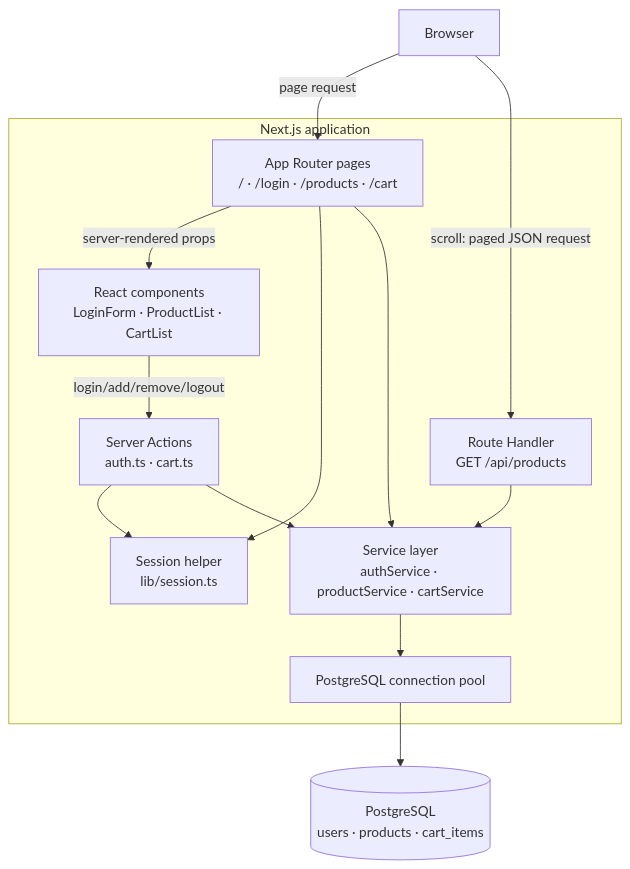
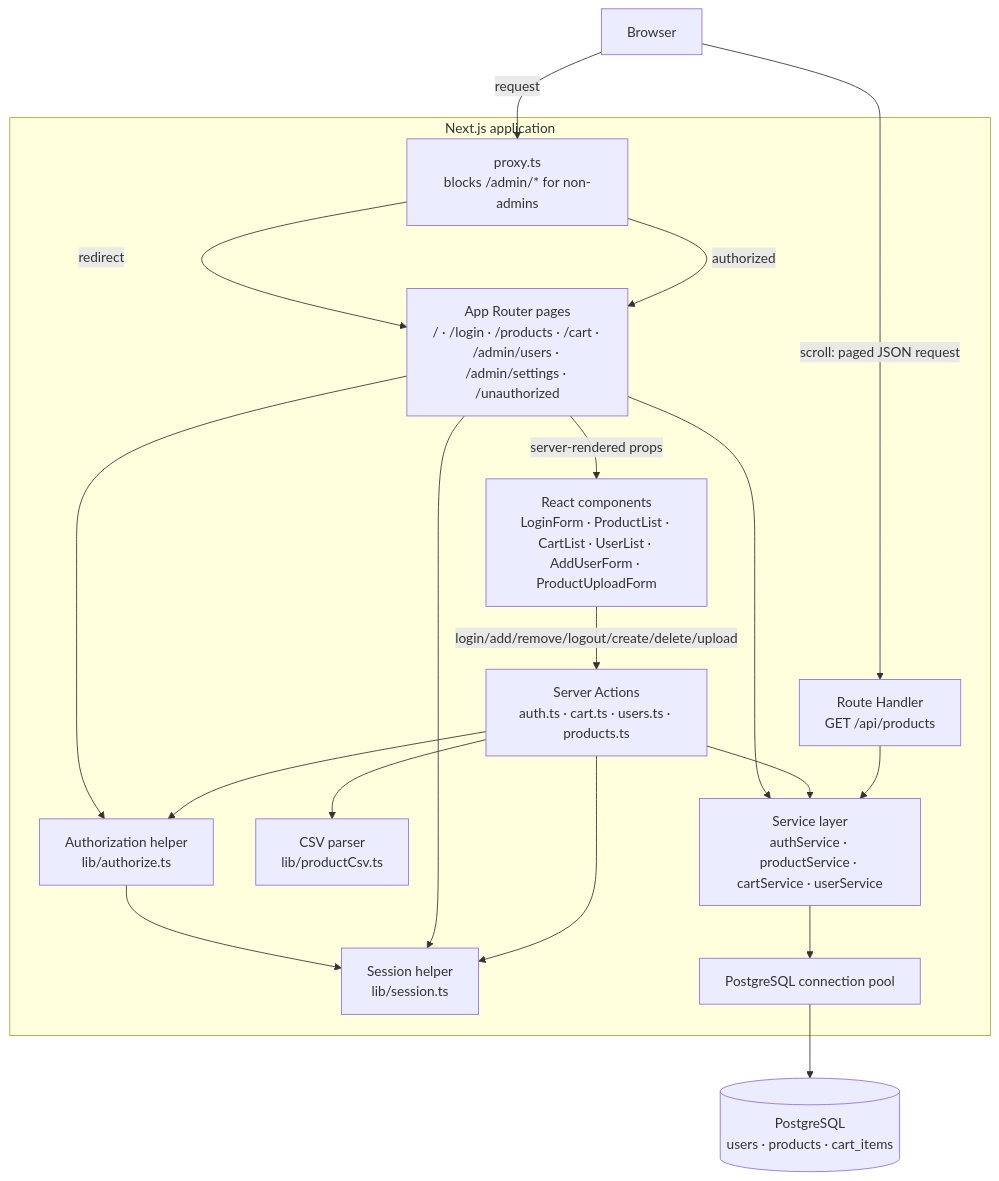
Before and after one commit to sourabhcy/tomato: the first of 4 diagrams in docs/architecture.md, drawn with Mermaid. The commit also changed other lines of this file and 20 other files, not shown here.

````diff
--- a/docs/architecture.md
+++ b/docs/architecture.md
@@ -5,27 +5,36 @@
 ```mermaid
 flowchart TB
   Browser[Browser]
 
   subgraph Next[Next.js application]
-    Pages[App Router pages\n/ · /login · /products · /cart]
-    Components[React components\nLoginForm · ProductList · CartList]
-    Actions[Server Actions\nauth.ts · cart.ts]
+    Proxy[proxy.ts\nblocks /admin/* for non-admins]
+    Pages[App Router pages\n/ · /login · /products · /cart · /admin/users · /admin/settings · /unauthorized]
+    Components[React components\nLoginForm · ProductList · CartList · UserList · AddUserForm · ProductUploadForm]
+    Actions[Server Actions\nauth.ts · cart.ts · users.ts · products.ts]
     ProductsAPI[Route Handler\nGET /api/products]
     Session[Session helper\nlib/session.ts]
-    Services[Service layer\nauthService · productService · cartService]
+    Authorize[Authorization helper\nlib/authorize.ts]
+    Csv[CSV parser\nlib/productCsv.ts]
+    Services[Service layer\nauthService · productService · cartService · userService]
     Pool[PostgreSQL connection pool]
   end
 
   Database[(PostgreSQL\nusers · products · cart_items)]
 
-  Browser -->|page request| Pages
+  Browser -->|request| Proxy
+  Proxy -->|authorized| Pages
+  Proxy -->|redirect| Pages
   Pages -->|server-rendered props| Components
   Browser -->|scroll: paged JSON request| ProductsAPI
   ProductsAPI --> Services
-  Components -->|login/add/remove/logout| Actions
+  Components -->|login/add/remove/logout/create/delete/upload| Actions
   Actions --> Session
+  Actions --> Authorize
+  Actions --> Csv
   Actions --> Services
   Pages --> Session
+  Pages --> Authorize
   Pages --> Services
+  Authorize --> Session
   Services --> Pool --> Database
 ```
````
